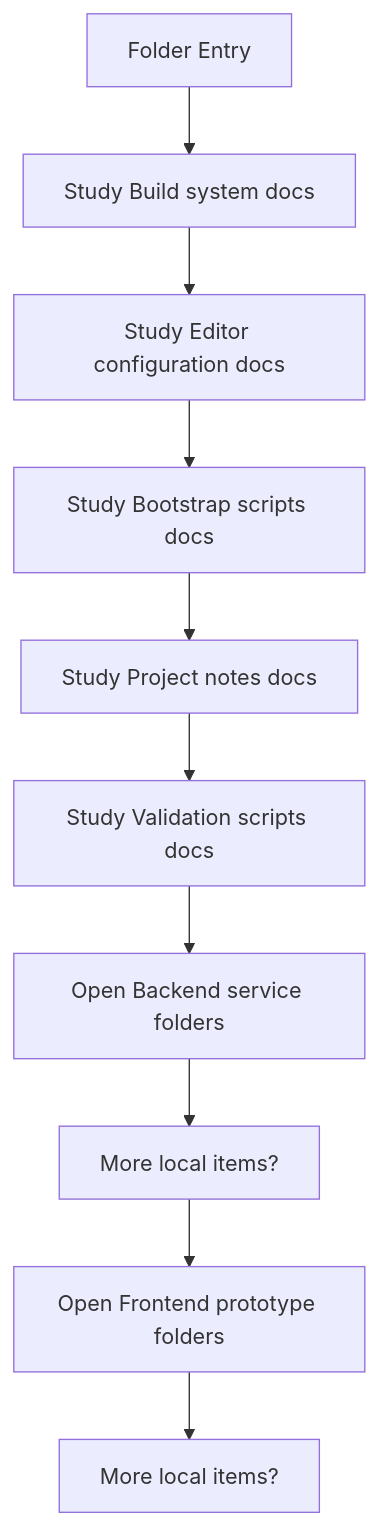
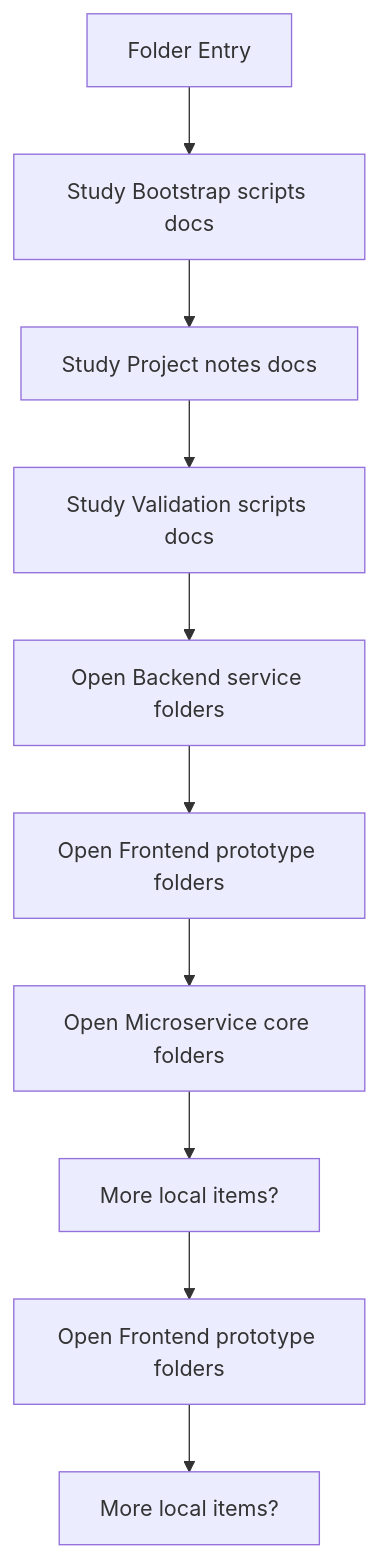
One commit to JohnAndrewBalbarosa/NeoTerritory changed the first of 2 diagrams in docs/Codebase/README.md. Above: the diagram before and after it, drawn with Mermaid. The commit also changed other lines of this file and 23 other files, not shown here.

````diff
--- a/docs/Codebase/README.md
+++ b/docs/Codebase/README.md
@@ -24,22 +24,22 @@
 ```mermaid
 flowchart TD
     N0["Folder Entry"]
-    N1["Study Build system docs"]
-    N2["Study Editor configuration docs"]
-    N3["Study Bootstrap scripts docs"]
-    N4["Study Project notes docs"]
-    N5["Study Validation scripts docs"]
-    N6["Open Backend service folders"]
+    N1["Study Bootstrap scripts docs"]
+    N2["Study Project notes docs"]
+    N3["Study Validation scripts docs"]
+    N4["Open Backend service folders"]
+    N5["Open Frontend prototype folders"]
+    N6["Open Microservice core folders"]
     N7["More local items?"]
     N8["Open Frontend prototype folders"]
     N9["More local items?"]
     N0 --> N1
     N1 --> N2
     N2 --> N3
     N3 --> N4
     N4 --> N5
     N5 --> N6
     N6 --> N7
     N7 --> N8
     N8 --> N9
 ```
````
